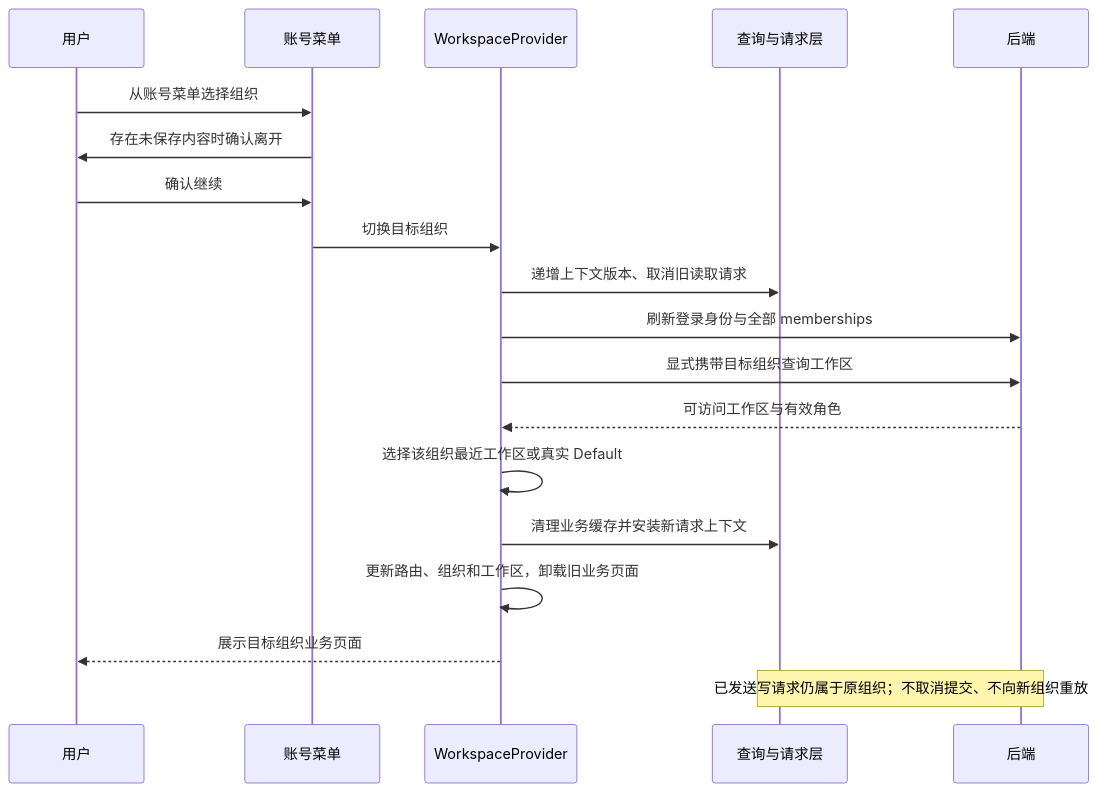
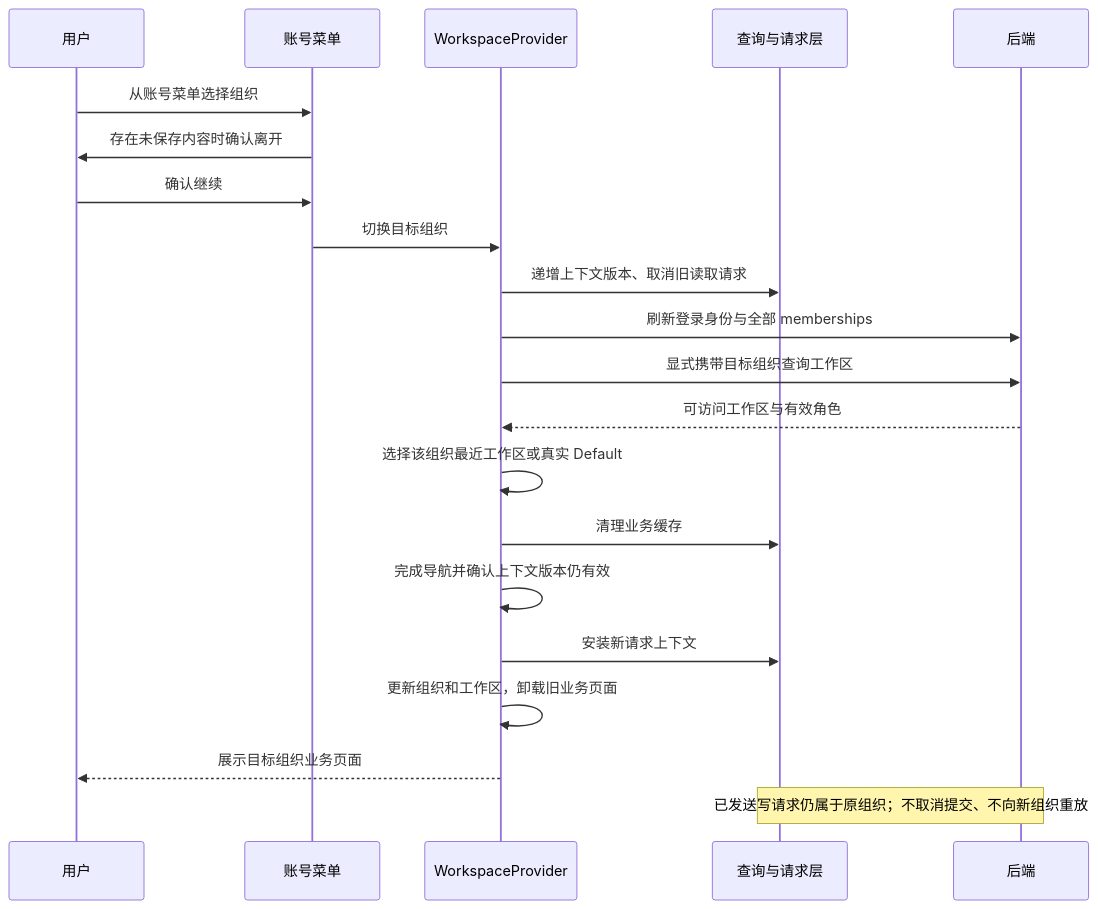
One commit to superduck-ai/open-managed-agents changed the fourth of 4 diagrams in docs/design/organization-joining.md. Above: the diagram before and after it, drawn with Mermaid. The commit also changed other lines of this file and 2 other files, not shown here.

Commit message:
fix(web): keep workspace scope consistent through navigation

````diff
--- a/docs/design/organization-joining.md
+++ b/docs/design/organization-joining.md
@@ -125,21 +125,23 @@
 ```mermaid
 sequenceDiagram
     participant U as 用户
     participant M as 账号菜单
     participant P as WorkspaceProvider
     participant Q as 查询与请求层
     participant B as 后端
     U->>M: 从账号菜单选择组织
     M->>U: 存在未保存内容时确认离开
     U->>M: 确认继续
     M->>P: 切换目标组织
     P->>Q: 递增上下文版本、取消旧读取请求
     P->>B: 刷新登录身份与全部 memberships
     P->>B: 显式携带目标组织查询工作区
     B-->>P: 可访问工作区与有效角色
     P->>P: 选择该组织最近工作区或真实 Default
-    P->>Q: 清理业务缓存并安装新请求上下文
-    P->>P: 更新路由、组织和工作区，卸载旧业务页面
+    P->>Q: 清理业务缓存
+    P->>P: 完成导航并确认上下文版本仍有效
+    P->>Q: 安装新请求上下文
+    P->>P: 更新组织和工作区，卸载旧业务页面
     P-->>U: 展示目标组织业务页面
     Note over Q,B: 已发送写请求仍属于原组织；不取消提交、不向新组织重放
 ```
````
